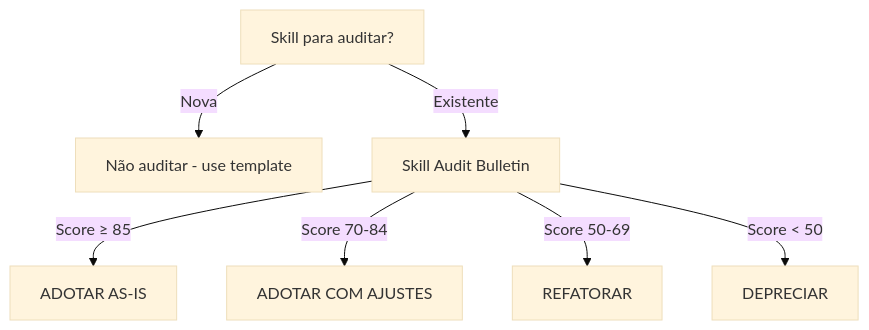
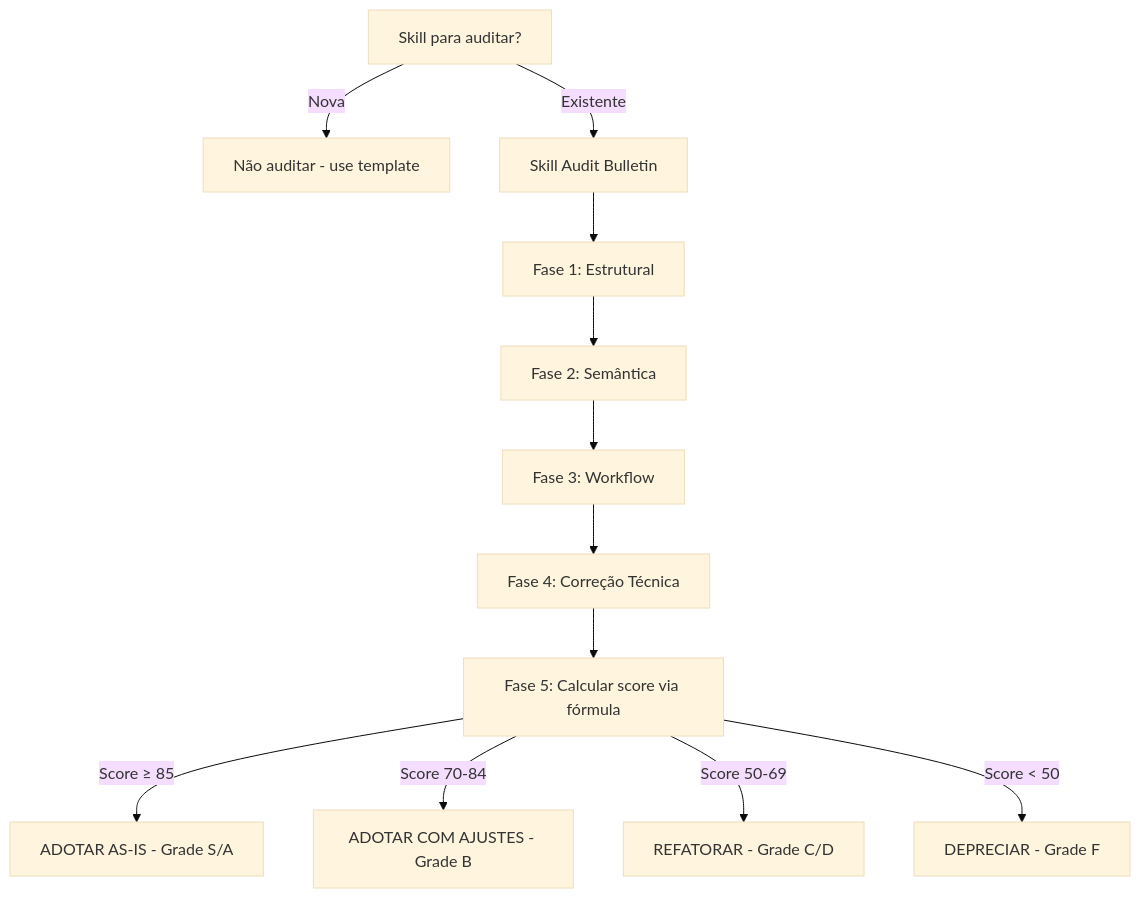
Before and after one commit to lscheffel/ignite-agents-skills: the diagram in skills/skill-audit-bulletin/SKILL.md, drawn with Mermaid (base theme). The commit also changed other lines of this file and 16 other files, not shown here.

````diff
--- a/skills/skill-audit-bulletin/SKILL.md
+++ b/skills/skill-audit-bulletin/SKILL.md
@@ -33,9 +62,14 @@
 ```mermaid
 graph TD
     A[Skill para auditar?] -->|Nova| B[Não auditar - use template]
     A -->|Existente| C[Skill Audit Bulletin]
-    C -->|Score ≥ 85| D[ADOTAR AS-IS]
-    C -->|Score 70-84| E[ADOTAR COM AJUSTES]
-    C -->|Score 50-69| F[REFATORAR]
-    C -->|Score < 50| G[DEPRECIAR]
+    C --> S1[Fase 1: Estrutural]
+    S1 --> S2[Fase 2: Semântica]
+    S2 --> S3[Fase 3: Workflow]
+    S3 --> S4[Fase 4: Correção Técnica]
+    S4 --> S5[Fase 5: Calcular score via fórmula]
+    S5 -->|Score ≥ 85| D[ADOTAR AS-IS - Grade S/A]
+    S5 -->|Score 70-84| E[ADOTAR COM AJUSTES - Grade B]
+    S5 -->|Score 50-69| F[REFATORAR - Grade C/D]
+    S5 -->|Score < 50| G[DEPRECIAR - Grade F]
 ```
````
